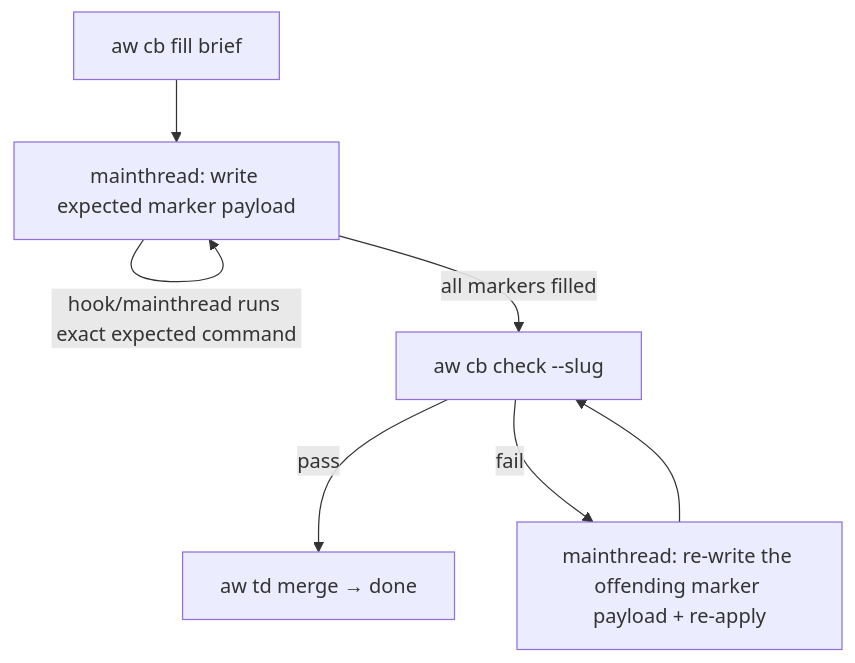
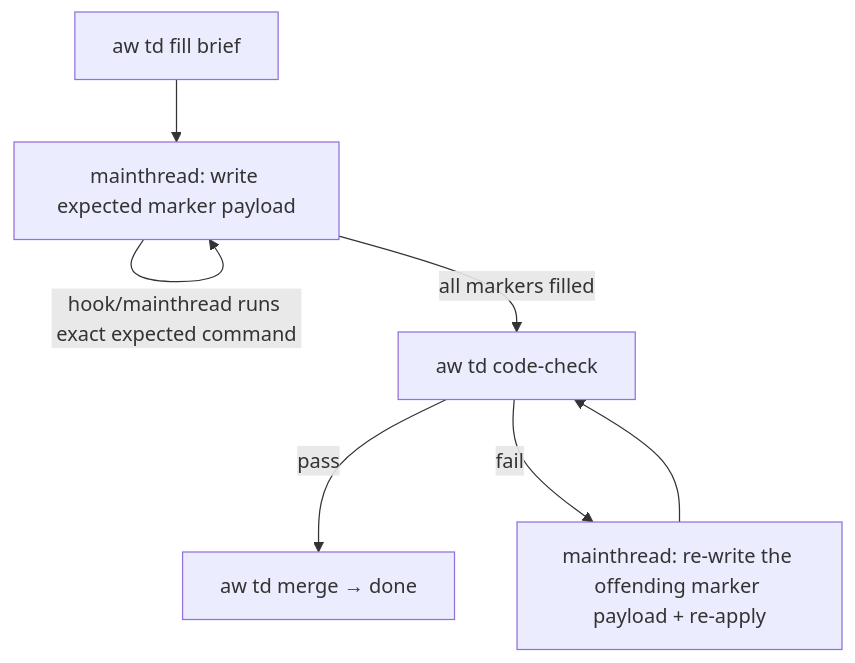
One commit to chrischeng-c4/axiom changed the diagram in .agents/skills/aw-cb-fill/SKILL.md. Above: the diagram before and after it, drawn with Mermaid. The commit also changed other lines of this file and 1053 other files, not shown here.

````diff
--- a/.agents/skills/aw-cb-fill/SKILL.md
+++ b/.agents/skills/aw-cb-fill/SKILL.md
@@ -42,9 +42,9 @@
 ```mermaid
 flowchart TD
-    F[aw cb fill brief] --> L[mainthread: write expected marker payload]
+    F[aw td fill brief] --> L[mainthread: write expected marker payload]
     L -->|"hook/mainthread runs exact expected command"| L
-    L -->|"all markers filled"| G[aw cb check --slug]
+    L -->|"all markers filled"| G[aw td code-check <slug>]
     G -- pass --> M[aw td merge → done]
     G -- fail --> ROLL[mainthread: re-write the offending marker payload + re-apply]
     ROLL --> G
 ```
````
